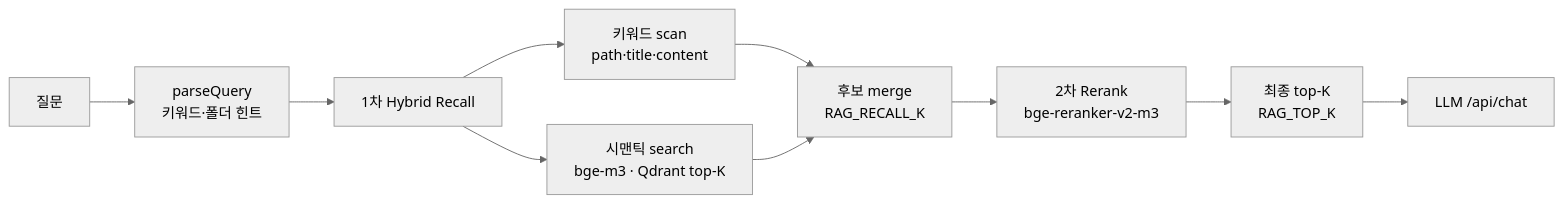
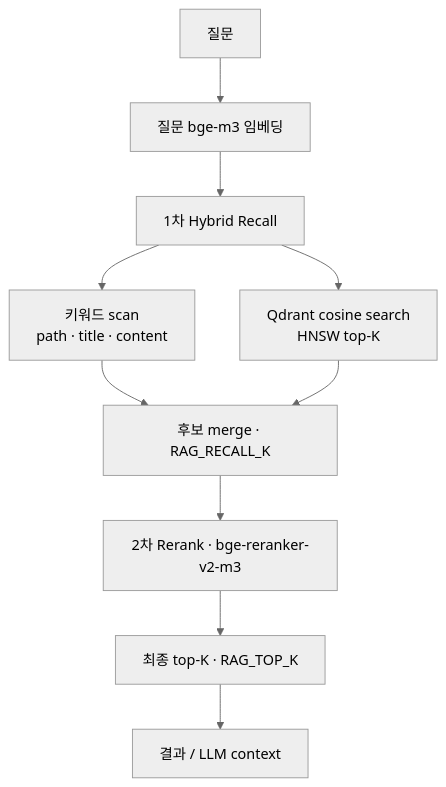
The second of 3 diagrams in README.md (LEEHEEWON123/obsidian_chat_bot), drawn with Mermaid (neutral theme) before and after one commit. The commit also changed other lines of this file, not shown here.

First line of the commit message:
Rewrite README architecture section starting from user search flow.

````diff
--- a/README.md
+++ b/README.md
@@ -61,12 +56,15 @@
 ```mermaid
-flowchart LR
-  Q[질문] --> P[parseQuery<br/>키워드·폴더 힌트]
-  P --> H[1차 Hybrid Recall]
-  H --> K[키워드 scan<br/>path·title·content]
-  H --> S[시맨틱 search<br/>bge-m3 · Qdrant top-K]
-  K --> M[후보 merge<br/>RAG_RECALL_K]
+flowchart TD
+  Q[질문] --> E[질문 bge-m3 임베딩]
+  E --> H[1차 Hybrid Recall]
+
+  H --> K[키워드 scan<br/>path · title · content]
+  H --> S[Qdrant cosine search<br/>HNSW top-K]
+
+  K --> M[후보 merge · RAG_RECALL_K]
   S --> M
-  M --> R[2차 Rerank<br/>bge-reranker-v2-m3]
-  R --> L[최종 top-K<br/>RAG_TOP_K]
-  L --> G[LLM /api/chat]
+
+  M --> R[2차 Rerank · bge-reranker-v2-m3]
+  R --> T[최종 top-K · RAG_TOP_K]
+  T --> OUT[결과 / LLM context]
 ```
````
